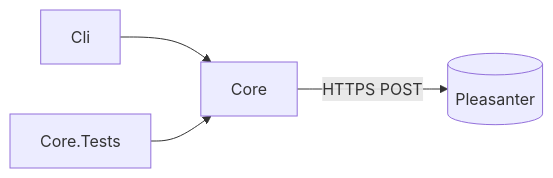
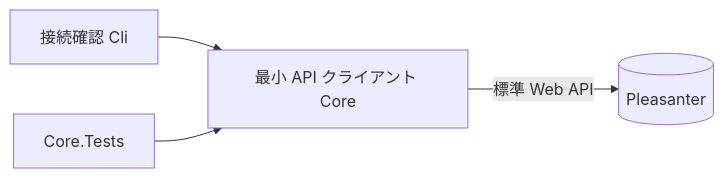
One commit to vehiclevisionjp/VehicleVision.PleasanterTools.FeedIngest changed the diagram in _documents/アーキテクチャ方針.md. Above: the diagram before and after it, drawn with Mermaid. The commit also changed other lines of this file and 30 other files, not shown here.

````diff
--- a/_documents/アーキテクチャ方針.md
+++ b/_documents/アーキテクチャ方針.md
@@ -9,6 +15,6 @@
 ```mermaid
 flowchart LR
-    Cli[Cli] --> Core[Core]
+    Cli[接続確認 Cli] --> Core[最小 API クライアント Core]
     Tests[Core.Tests] --> Core
-    Core -->|HTTPS POST| Pleasanter[(Pleasanter)]
+    Core -->|標準 Web API| Pleasanter[(Pleasanter)]
 ```
````
